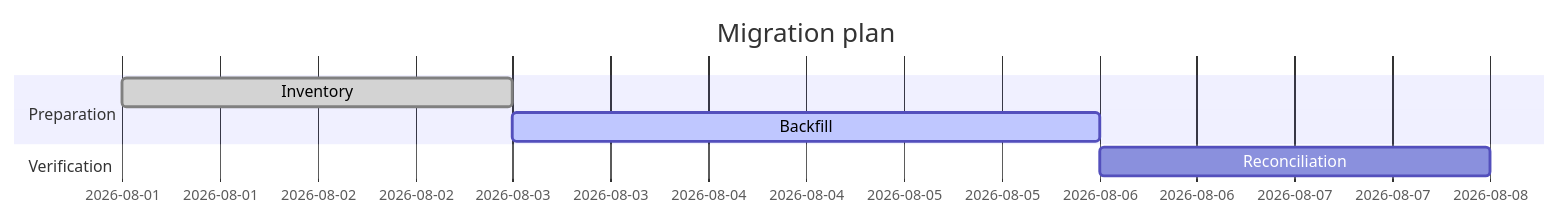
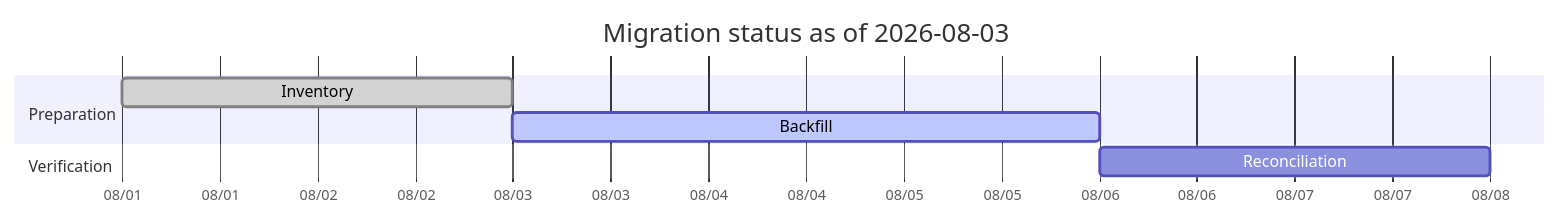
Before and after one commit to mols3131d/mols-agent-assets: the first of 4 diagrams in src/rulesync/.rulesync/skills/mols-mermaid-diagram/references/examples/gantt.md, drawn with Mermaid. The commit also changed other lines of this file and 27 other files, not shown here.

Commit message:
docs(mermaid): diagram examples 단계별 고도화

````diff
--- a/src/rulesync/.rulesync/skills/mols-mermaid-diagram/references/examples/gantt.md
+++ b/src/rulesync/.rulesync/skills/mols-mermaid-diagram/references/examples/gantt.md
@@ -5,10 +9,12 @@
 ```mermaid
 gantt
-    title Migration plan
+    title Migration status as of 2026-08-03
     dateFormat  YYYY-MM-DD
+    axisFormat  %m/%d
+    todayMarker off
     section Preparation
     Inventory      :done, inventory, 2026-08-01, 2d
     Backfill       :active, backfill, after inventory, 3d
     section Verification
     Reconciliation :verify, after backfill, 2d
 ```
````
